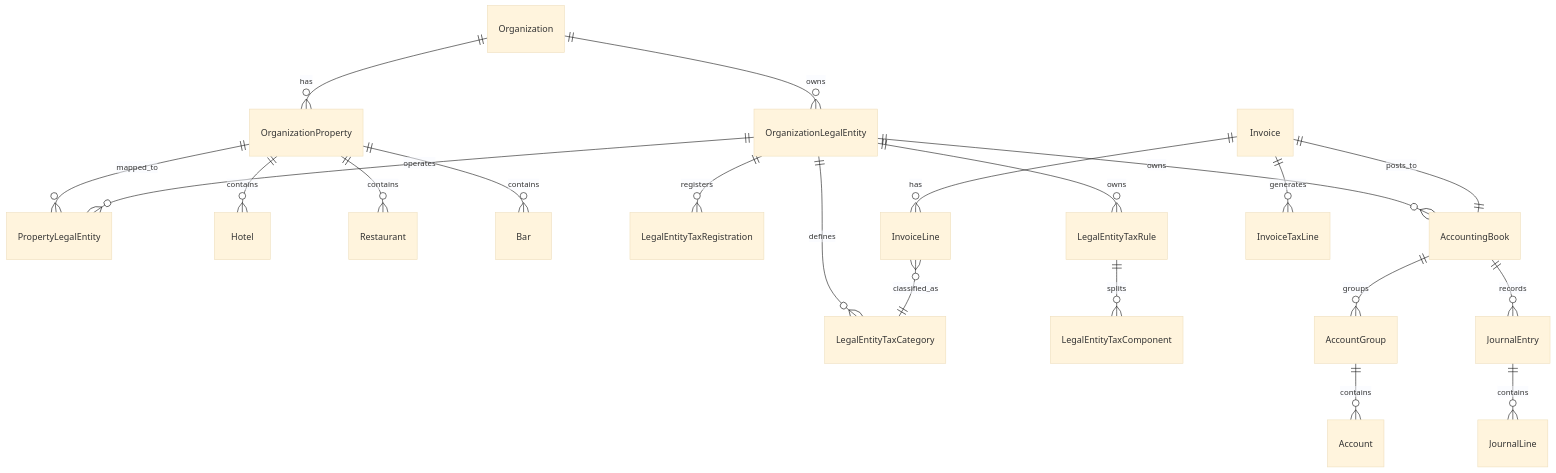
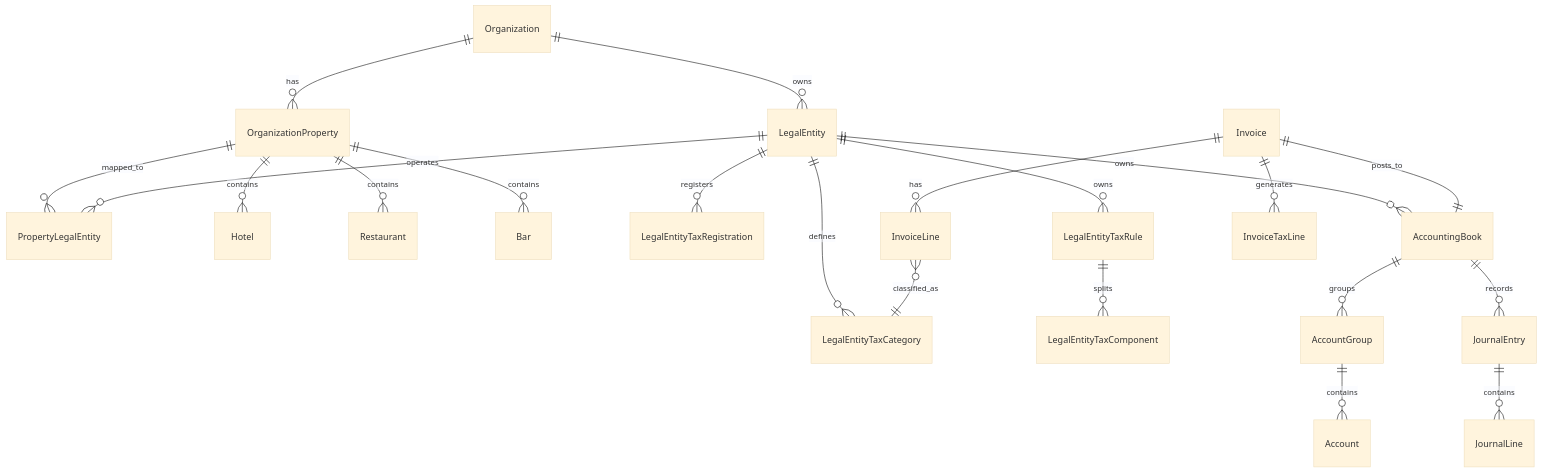
The diagram in core/org_legal_entity/docs/overview.md (sharpnr-inc/sharpnr-engine), drawn with Mermaid (base theme) before and after one commit. The commit also changed other lines of this file and 33 other files, not shown here.

Commit message:
some Name Correction for the Legal Entity

````diff
--- a/core/org_legal_entity/docs/overview.md
+++ b/core/org_legal_entity/docs/overview.md
@@ -3,30 +1,30 @@
-``` mermaid 
+```mermaid
 erDiagram
 
-Organization ||--o{ OrganizationLegalEntity : owns
+Organization ||--o{ LegalEntity : owns
 Organization ||--o{ OrganizationProperty : has
 
 OrganizationProperty ||--o{ PropertyLegalEntity : mapped_to
-OrganizationLegalEntity ||--o{ PropertyLegalEntity : operates
+LegalEntity ||--o{ PropertyLegalEntity : operates
 
 OrganizationProperty ||--o{ Hotel : contains
 OrganizationProperty ||--o{ Restaurant : contains
 OrganizationProperty ||--o{ Bar : contains
 
-OrganizationLegalEntity ||--o{ LegalEntityTaxRegistration : registers
-OrganizationLegalEntity ||--o{ LegalEntityTaxCategory : defines
-OrganizationLegalEntity ||--o{ LegalEntityTaxRule : owns
+LegalEntity ||--o{ LegalEntityTaxRegistration : registers
+LegalEntity ||--o{ LegalEntityTaxCategory : defines
+LegalEntity ||--o{ LegalEntityTaxRule : owns
 LegalEntityTaxRule ||--o{ LegalEntityTaxComponent : splits
 
-OrganizationLegalEntity ||--o{ AccountingBook : owns
+LegalEntity ||--o{ AccountingBook : owns
 AccountingBook ||--o{ AccountGroup : groups
 AccountGroup ||--o{ Account : contains
 
 Invoice ||--o{ InvoiceLine : has
 InvoiceLine }o--|| LegalEntityTaxCategory : classified_as
 Invoice ||--o{ InvoiceTaxLine : generates
 
 Invoice ||--|| AccountingBook : posts_to
 AccountingBook ||--o{ JournalEntry : records
 JournalEntry ||--o{ JournalLine : contains
 ```
````
